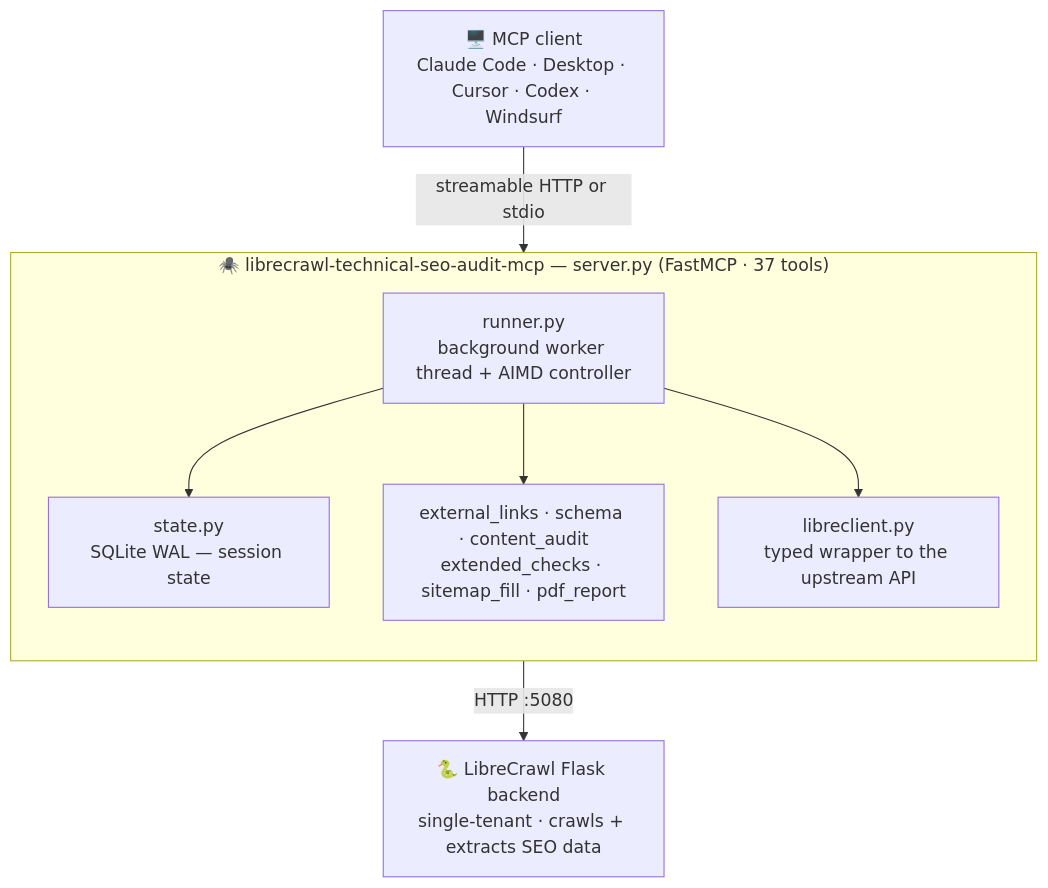
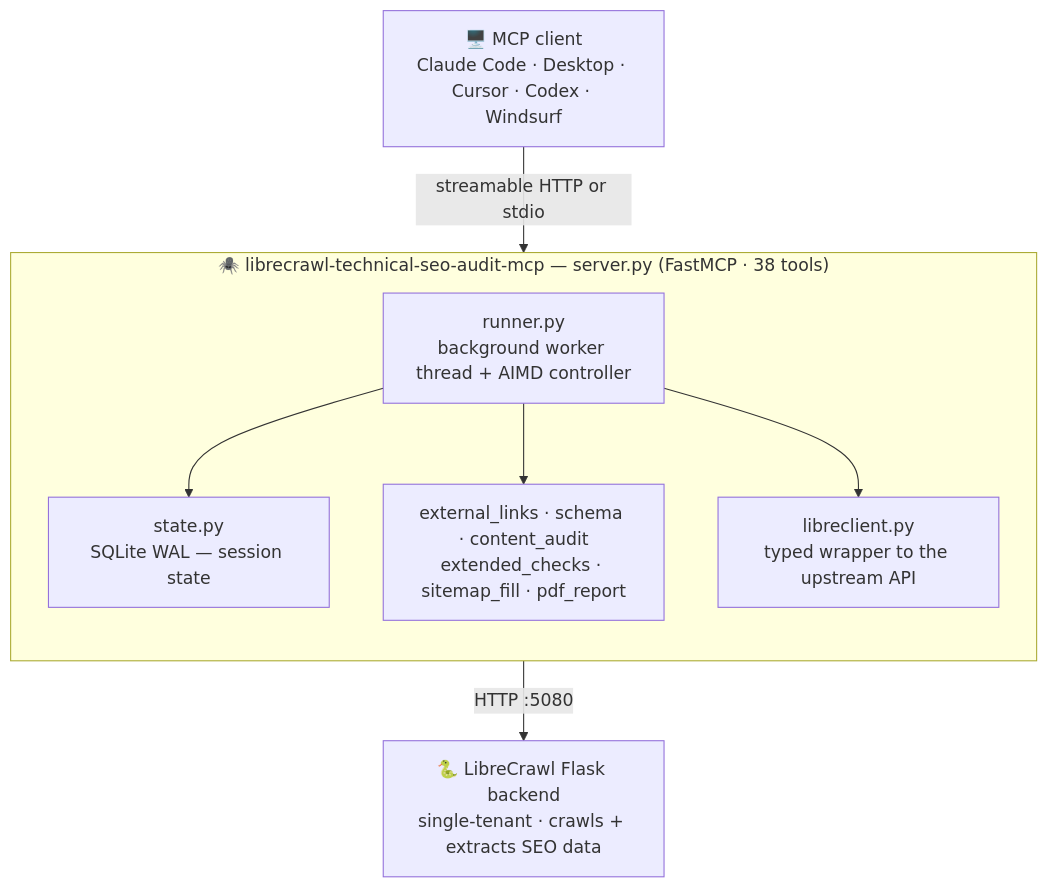
The second of 2 diagrams in README.md (adityaarsharma/librecrawl-technical-seo-audit-mcp), drawn with Mermaid before and after one commit. The commit also changed other lines of this file and 22 other files, not shown here.

````diff
--- a/README.md
+++ b/README.md
@@ -410,16 +415,16 @@
 ```mermaid
 flowchart TD
     A["🖥️ MCP client<br/>Claude Code · Desktop · Cursor · Codex · Windsurf"]
     A -->|streamable HTTP or stdio| B
-    subgraph MCP["🕷️ librecrawl-technical-seo-audit-mcp — server.py (FastMCP · 37 tools)"]
+    subgraph MCP["🕷️ librecrawl-technical-seo-audit-mcp — server.py (FastMCP · 38 tools)"]
         direction TB
         B["runner.py<br/>background worker thread + AIMD controller"]
         C["state.py<br/>SQLite WAL — session state"]
         D["external_links · schema · content_audit<br/>extended_checks · sitemap_fill · pdf_report"]
         E["libreclient.py<br/>typed wrapper to the upstream API"]
         B --> C
         B --> D
         B --> E
     end
     E -->|HTTP :5080| F["🐍 LibreCrawl Flask backend<br/>single-tenant · crawls + extracts SEO data"]
 ```
````
